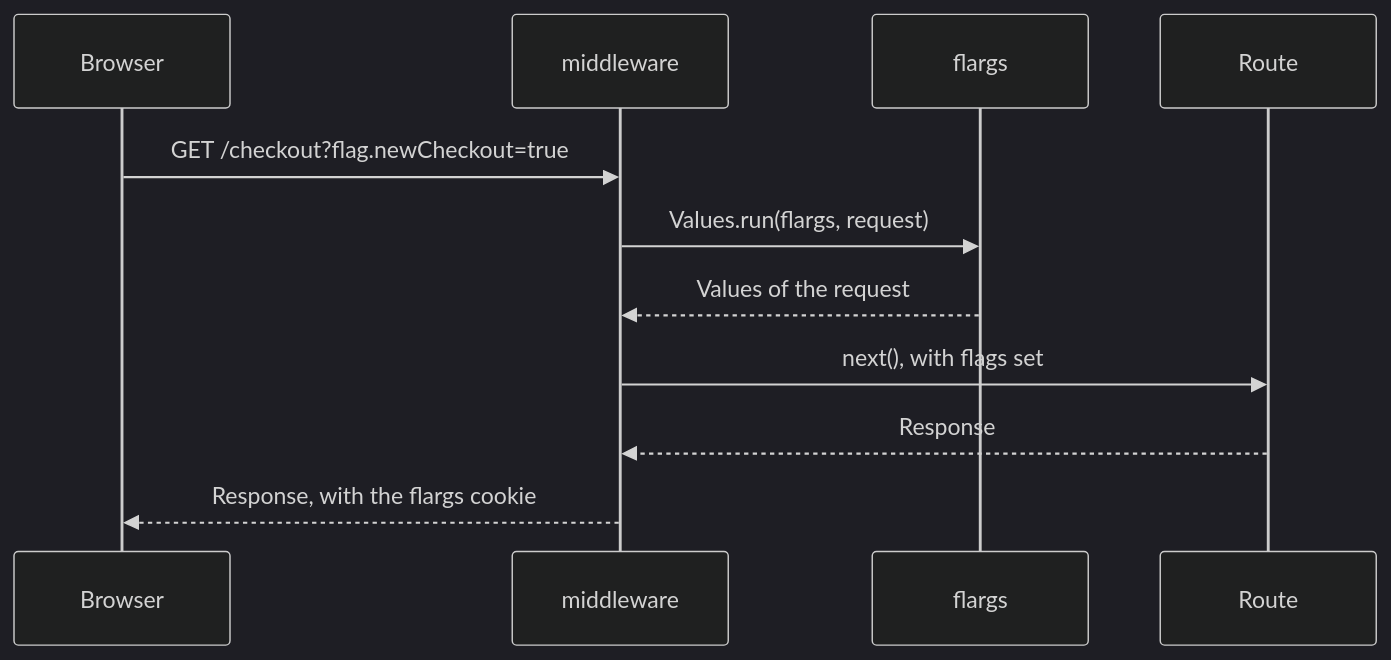
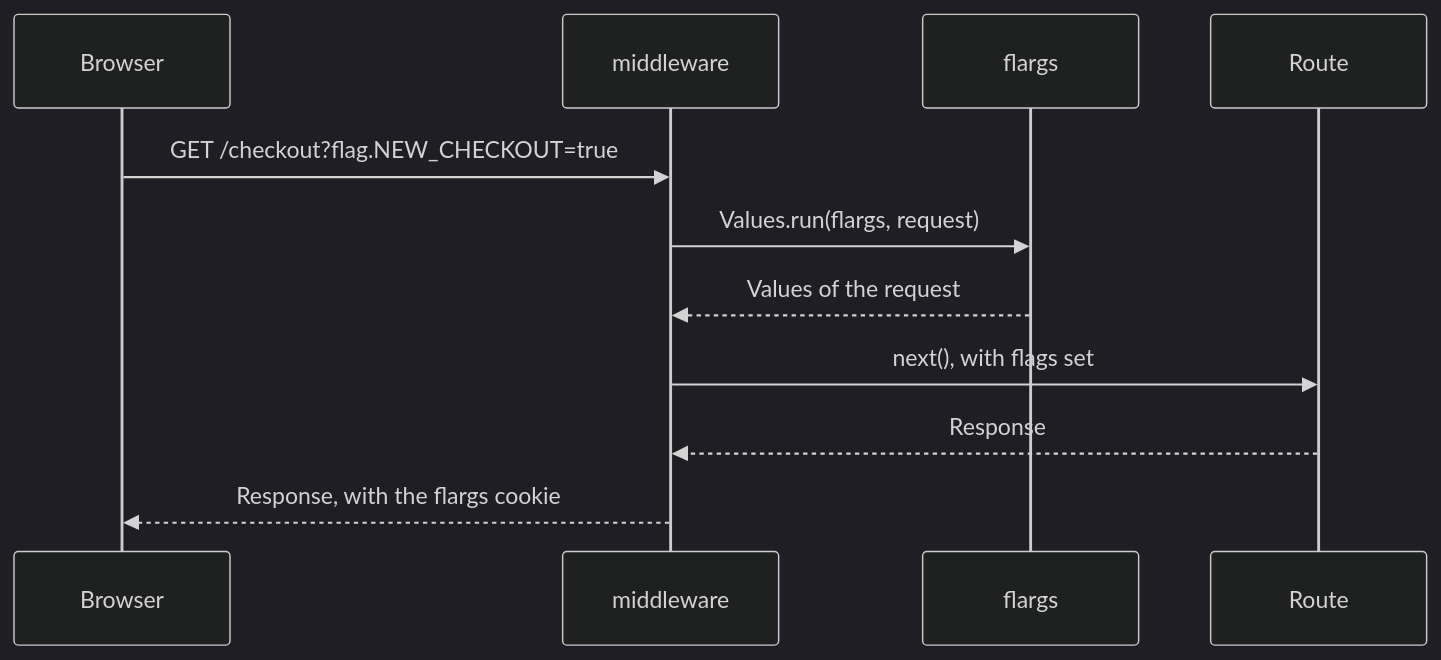
Before and after one commit to wevm/vexla: the diagram in docs/src/pages/guides/hono.mdx, drawn with Mermaid (dark theme). The commit also changed other lines of this file and 37 other files, not shown here.

````diff
--- a/docs/src/pages/guides/hono.mdx
+++ b/docs/src/pages/guides/hono.mdx
@@ -7,14 +7,14 @@
 ```mermaid
 sequenceDiagram
   %% Requests under the flags path never reach the routes of the app.
   participant B as Browser
   participant M as middleware
   participant R as flargs
   participant A as Route
-  B->>M: GET /checkout?flag.newCheckout=true
+  B->>M: GET /checkout?flag.NEW_CHECKOUT=true
   M->>R: Values.run(flargs, request)
   R-->>M: Values of the request
   M->>A: next(), with flags set
   A-->>M: Response
   M-->>B: Response, with the flargs cookie
 ```
````
